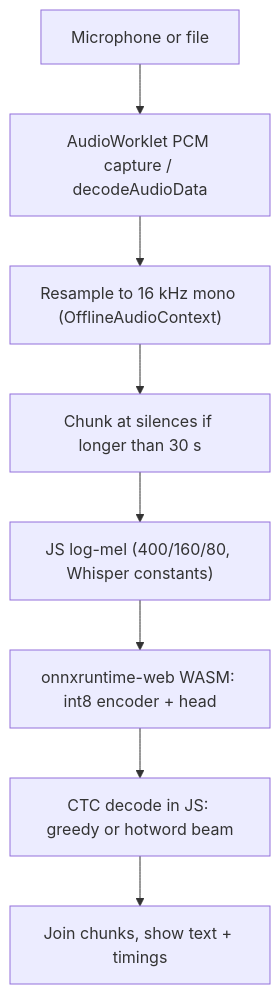
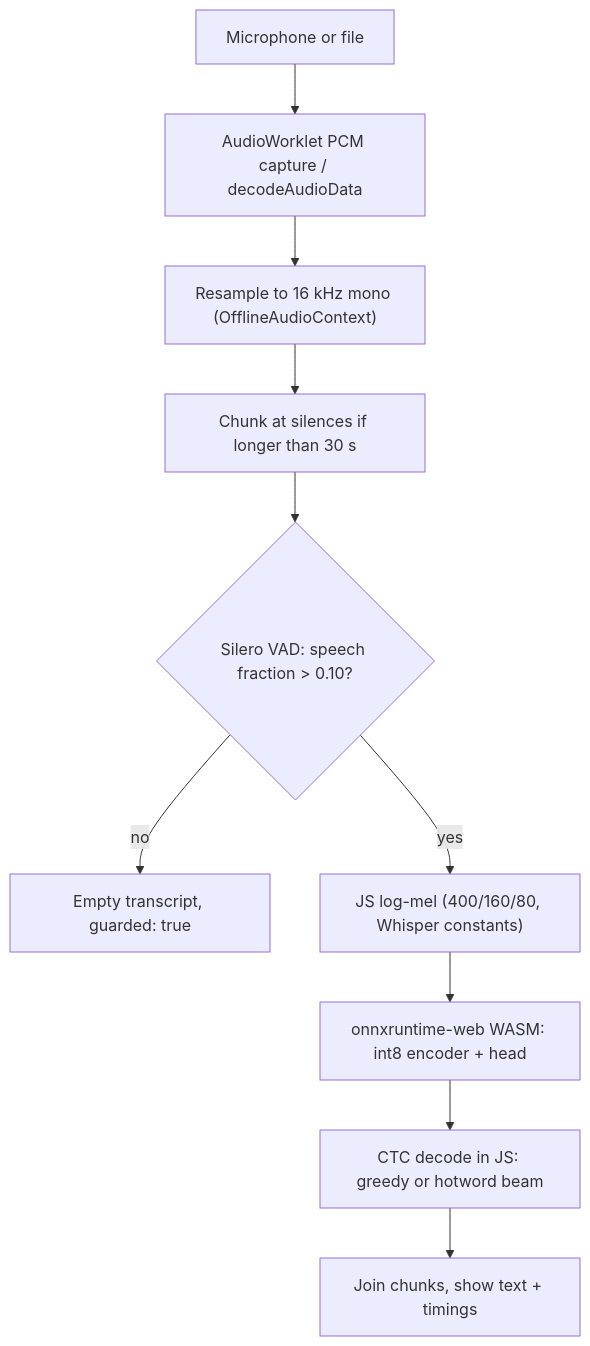
The diagram in docs/06-export-and-web-runtime.md (semantique-team/moth-stt), drawn with Mermaid before and after one commit. The commit also changed other lines of this file and 8 other files, not shown here.

````diff
--- a/docs/06-export-and-web-runtime.md
+++ b/docs/06-export-and-web-runtime.md
@@ -15,10 +16,12 @@
 ```mermaid
 flowchart TD
     A["Microphone or file"] --> B["AudioWorklet PCM capture / decodeAudioData"]
     B --> C["Resample to 16 kHz mono (OfflineAudioContext)"]
     C --> D["Chunk at silences if longer than 30 s"]
-    D --> E["JS log-mel (400/160/80, Whisper constants)"]
+    D --> V{"Silero VAD: speech fraction > 0.10?"}
+    V -->|no| Z["Empty transcript, guarded: true"]
+    V -->|yes| E["JS log-mel (400/160/80, Whisper constants)"]
     E --> F["onnxruntime-web WASM: int8 encoder + head"]
     F --> G["CTC decode in JS: greedy or hotword beam"]
     G --> H["Join chunks, show text + timings"]
 ```
````
